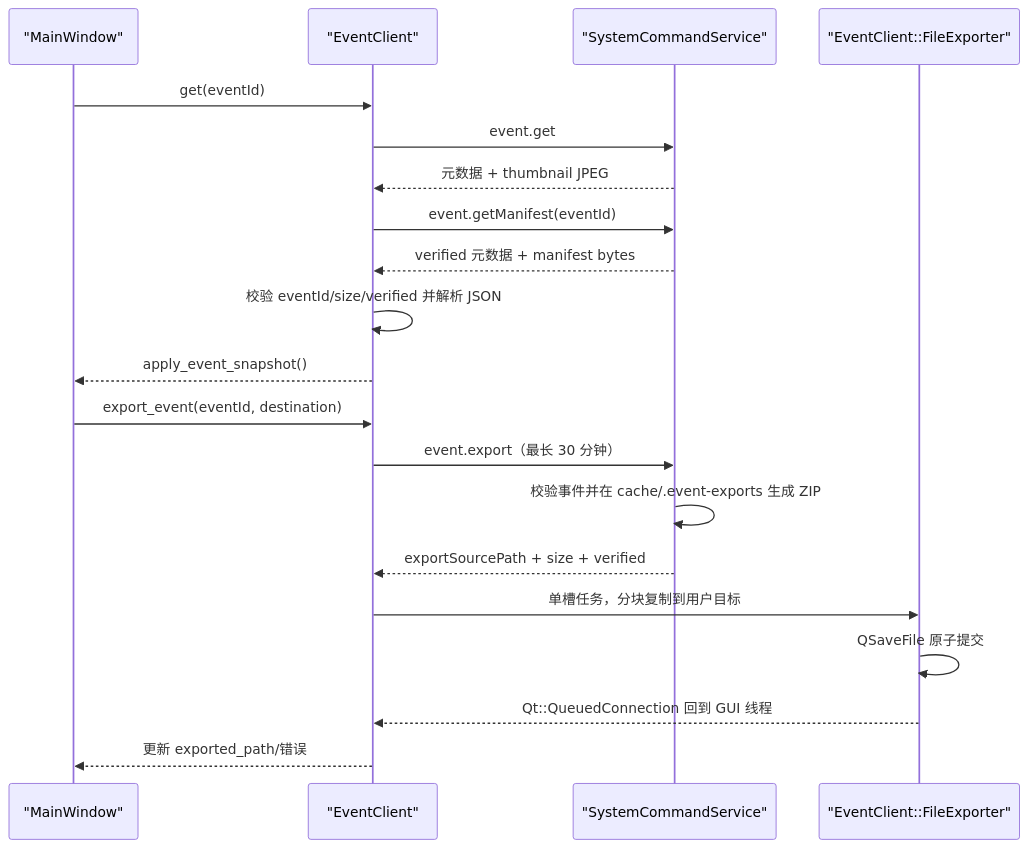
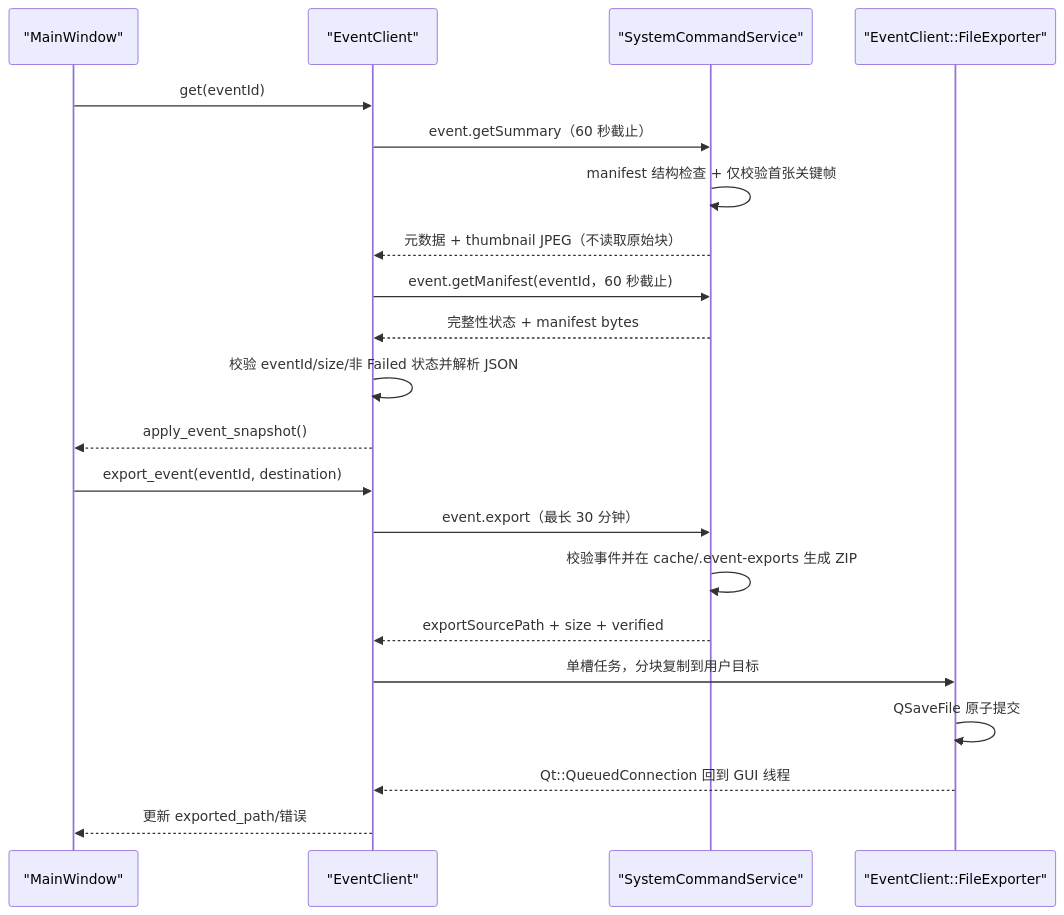
One commit to yinghuochong-coder/PaperBreakageAnalysis changed the seventh of 7 diagrams in docs/development/paperbreak-edge-console-code-guide.md. Above: the diagram before and after it, drawn with Mermaid. The commit also changed other lines of this file and 12 other files, not shown here.

````diff
--- a/docs/development/paperbreak-edge-console-code-guide.md
+++ b/docs/development/paperbreak-edge-console-code-guide.md
@@ -405,24 +405,25 @@
 ```mermaid
 sequenceDiagram
     participant W as "MainWindow"
     participant E as "EventClient"
     participant S as "SystemCommandService"
     participant X as "EventClient::FileExporter"
 
     W->>E: get(eventId)
-    E->>S: event.get
-    S-->>E: 元数据 + thumbnail JPEG
-    E->>S: event.getManifest(eventId)
-    S-->>E: verified 元数据 + manifest bytes
-    E->>E: 校验 eventId/size/verified 并解析 JSON
+    E->>S: event.getSummary（60 秒截止）
+    S->>S: manifest 结构检查 + 仅校验首张关键帧
+    S-->>E: 元数据 + thumbnail JPEG（不读取原始块）
+    E->>S: event.getManifest(eventId，60 秒截止)
+    S-->>E: 完整性状态 + manifest bytes
+    E->>E: 校验 eventId/size/非 Failed 状态并解析 JSON
     E-->>W: apply_event_snapshot()
 
     W->>E: export_event(eventId, destination)
     E->>S: event.export（最长 30 分钟）
     S->>S: 校验事件并在 cache/.event-exports 生成 ZIP
     S-->>E: exportSourcePath + size + verified
     E->>X: 单槽任务，分块复制到用户目标
     X->>X: QSaveFile 原子提交
     X-->>E: Qt::QueuedConnection 回到 GUI 线程
     E-->>W: 更新 exported_path/错误
 ```
````
